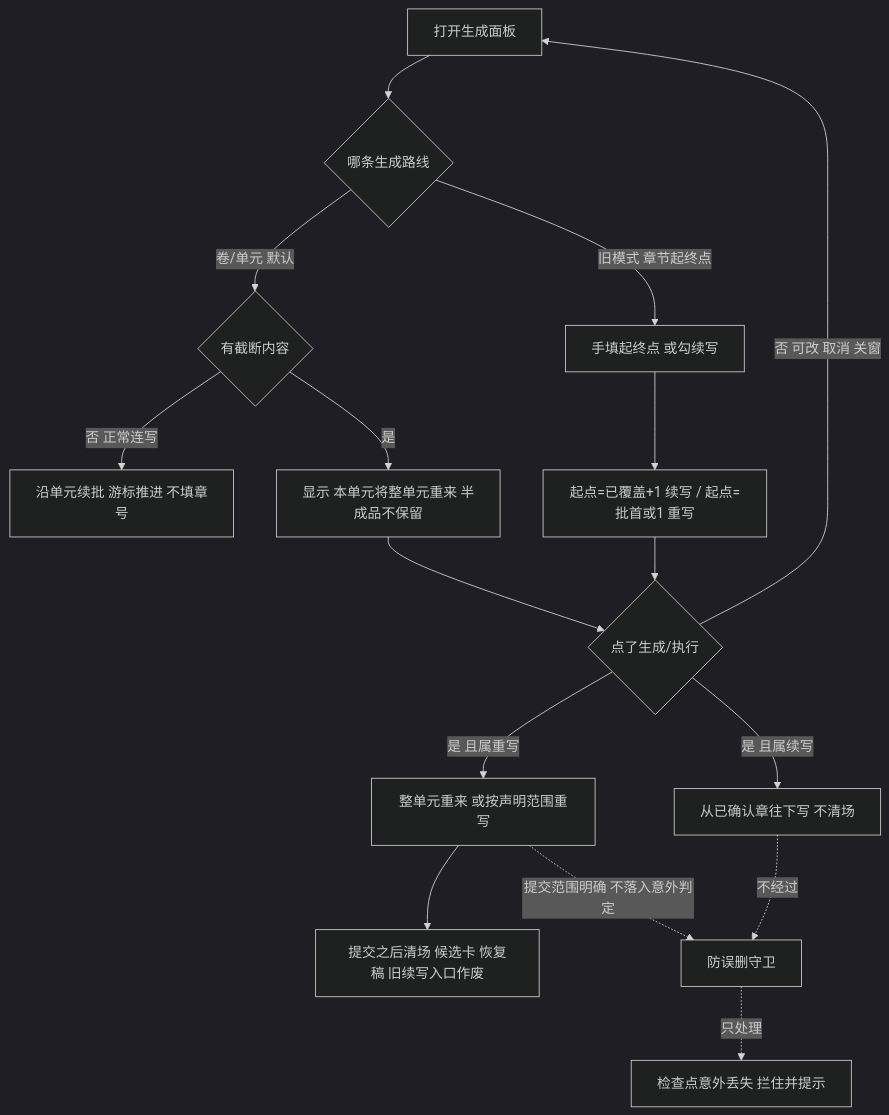
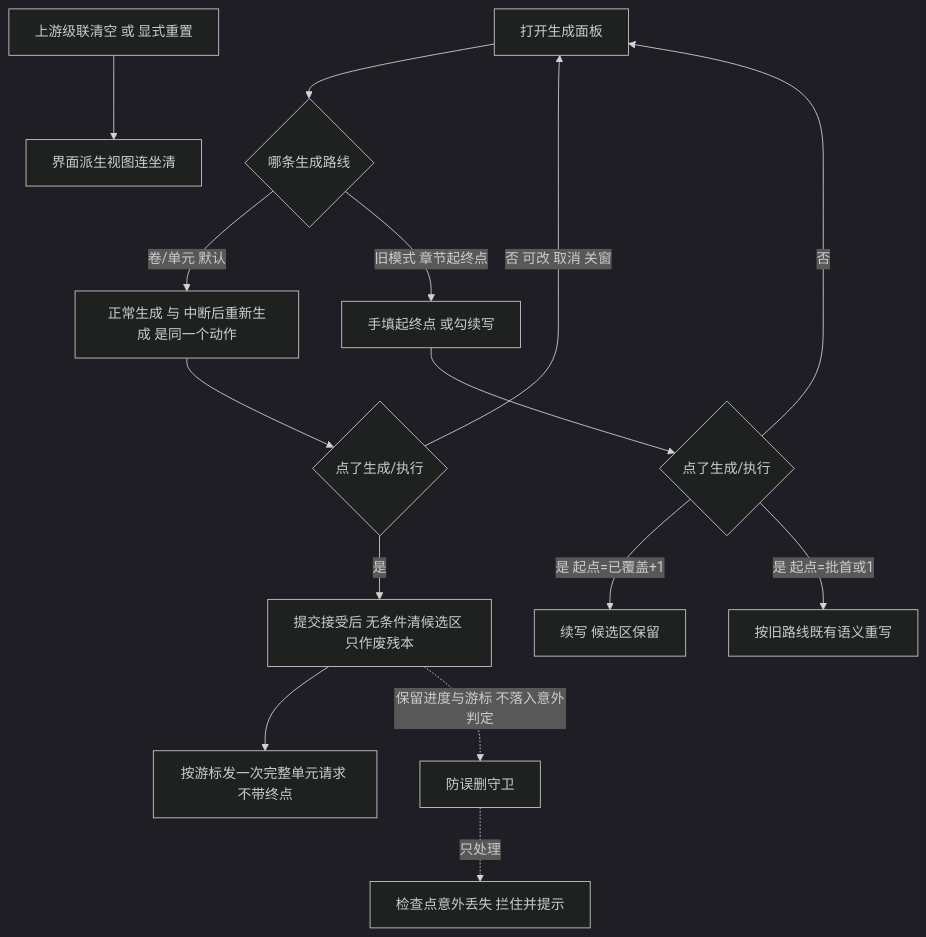
The second of 3 diagrams in docs/design/architecture/d8-checkpoint-degradation-design.md (byfbaish/AI-Novel-Writer), drawn with Mermaid (dark theme) before and after one commit. The commit also changed other lines of this file and 4 other files, not shown here.

````diff
--- a/docs/design/architecture/d8-checkpoint-degradation-design.md
+++ b/docs/design/architecture/d8-checkpoint-degradation-design.md
@@ -521,18 +543,17 @@
 ```mermaid
 flowchart TD
   S[打开生成面板] --> M{哪条生成路线}
-  M -->|卷/单元 默认| U{有截断内容}
+  M -->|卷/单元 默认| U[正常生成 与 中断后重新生成 是同一个动作]
   M -->|旧模式 章节起终点| O[手填起终点 或勾续写]
-  U -->|否 正常连写| UN[沿单元续批 游标推进 不填章号]
-  U -->|是| UR[显示 本单元将整单元重来 半成品不保留]
-  O --> OC[起点=已覆盖+1 续写 / 起点=批首或1 重写]
-  UR --> E{点了生成/执行}
-  OC --> E
+  U --> E{点了生成/执行}
+  O --> E2{点了生成/执行}
   E -->|否 可改 取消 关窗| S
-  E -->|是 且属重写| W[整单元重来 或按声明范围重写]
-  E -->|是 且属续写| R[从已确认章往下写 不清场]
-  W --> CL[提交之后清场 候选卡 恢复稿 旧续写入口作废]
+  E -->|是| CL[提交接受后 无条件清候选区 只作废残本]
+  CL --> UN[按游标发一次完整单元请求 不带终点]
+  E2 -->|否| S
+  E2 -->|是 起点=已覆盖+1| R[续写 候选区保留]
+  E2 -->|是 起点=批首或1| RW[按旧路线既有语义重写]
+  C[上游级联清空 或 显式重置] --> CL2[界面派生视图连坐清]
   G[防误删守卫] -.只处理.-> X[检查点意外丢失 拦住并提示]
-  R -.不经过.-> G
-  W -.提交范围明确 不落入意外判定.-> G
+  CL -.保留进度与游标 不落入意外判定.-> G
 ```
````
